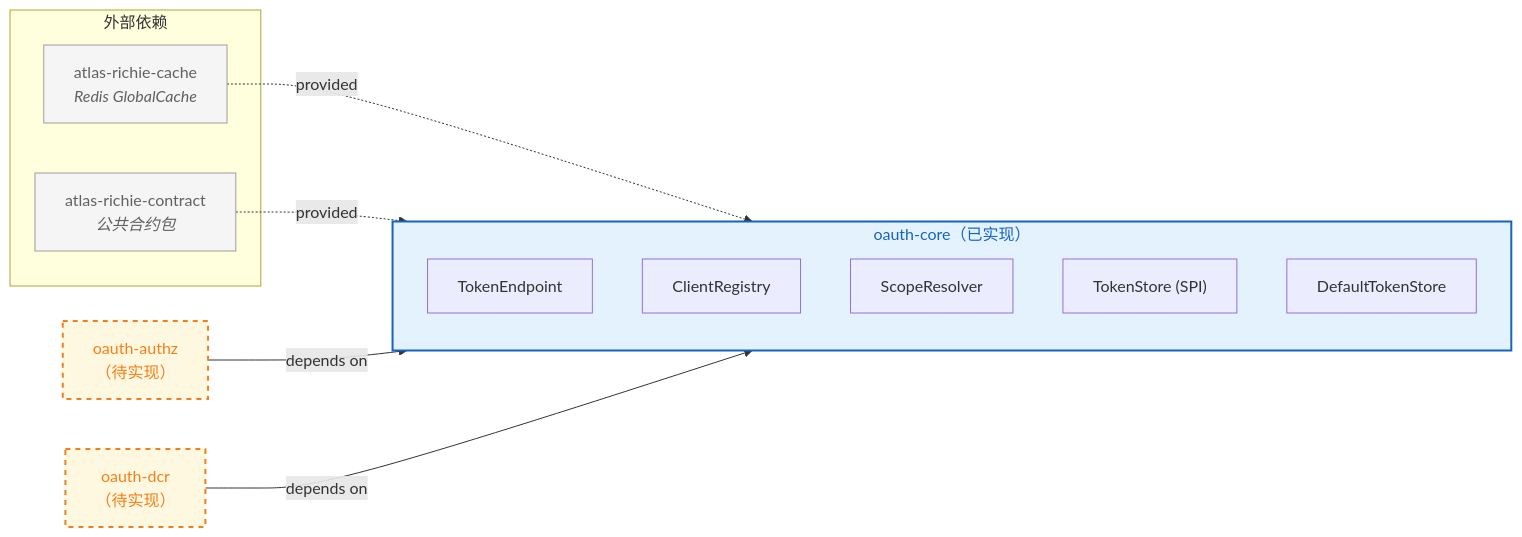
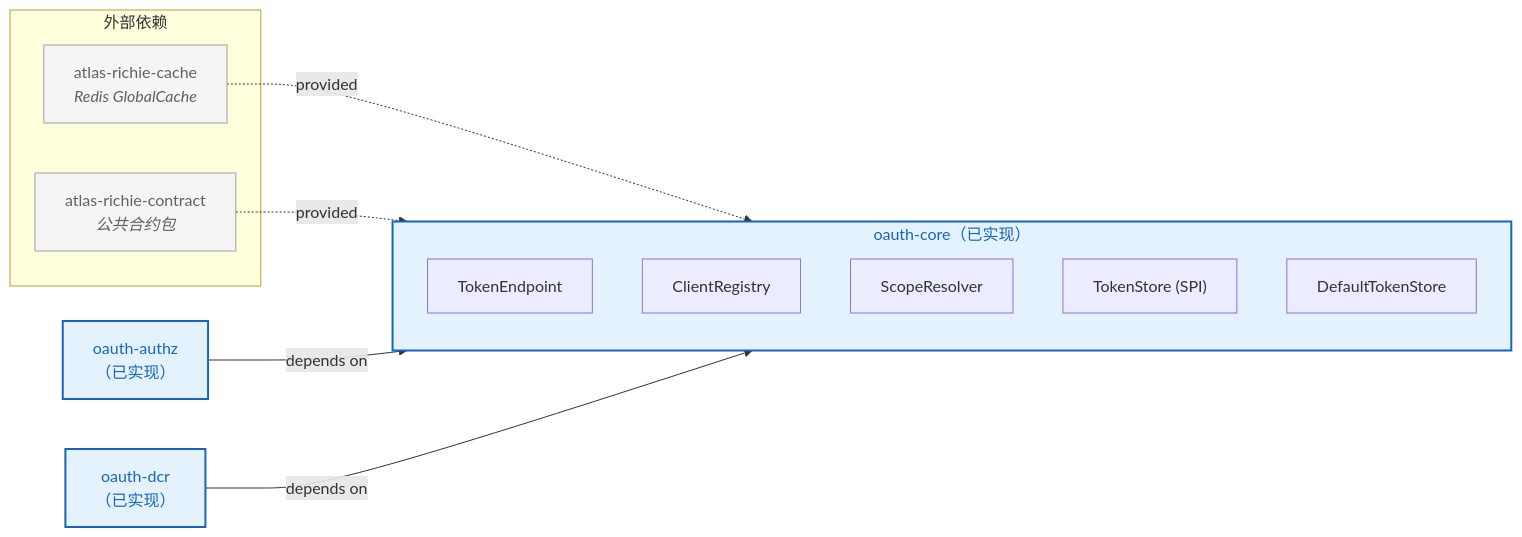
One commit to richie696/atlas-richie-platform changed the second of 13 diagrams in atlas-richie-component/atlas-richie-oauth-parent/docs/zh/oauth-component-design.md. Above: the diagram before and after it, drawn with Mermaid. The commit also changed other lines of this file and 199 other files, not shown here.

````diff
--- a/atlas-richie-component/atlas-richie-oauth-parent/docs/zh/oauth-component-design.md
+++ b/atlas-richie-component/atlas-richie-oauth-parent/docs/zh/oauth-component-design.md
@@ -64,32 +73,32 @@
 ```mermaid
 flowchart LR
     subgraph External["外部依赖"]
         Cache["atlas-richie-cache<br/><i>Redis GlobalCache</i>"]
         Contract["atlas-richie-contract<br/><i>公共合约包</i>"]
     end
 
     subgraph Core["oauth-core（已实现）"]
         direction TB
         TE["TokenEndpoint"]
         CR["ClientRegistry"]
         SR["ScopeResolver"]
         TS["TokenStore (SPI)"]
         DTS["DefaultTokenStore"]
     end
 
-    Authz["oauth-authz<br/>（待实现）"]
-    DCR["oauth-dcr<br/>（待实现）"]
+            Authz["oauth-authz<br/>（已实现）"]
+            DCR["oauth-dcr<br/>（已实现）"]
 
     Cache -.-> |provided| Core
     Contract -.-> |provided| Core
     Authz --> |depends on| Core
     DCR --> |depends on| Core
 
     classDef ext fill:#f5f5f5,stroke:#9e9e9e,stroke-width:1px,color:#616161
     classDef core fill:#e3f2fd,stroke:#1565c0,stroke-width:2px,color:#1565c0
     classDef planned fill:#fff8e1,stroke:#f57f17,stroke-width:2px,stroke-dasharray:5 5,color:#f57f17
 
     class Cache,Contract ext
     class Core core
-    class Authz,DCR planned
+    class Authz,DCR core
 ```
````
